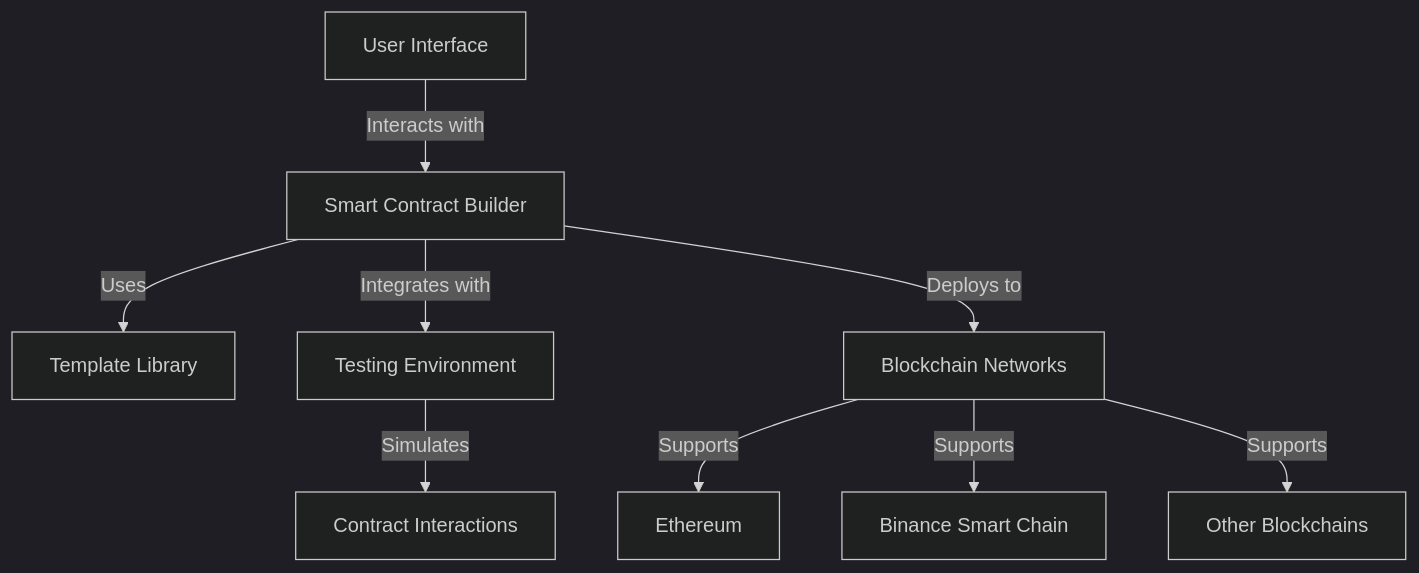
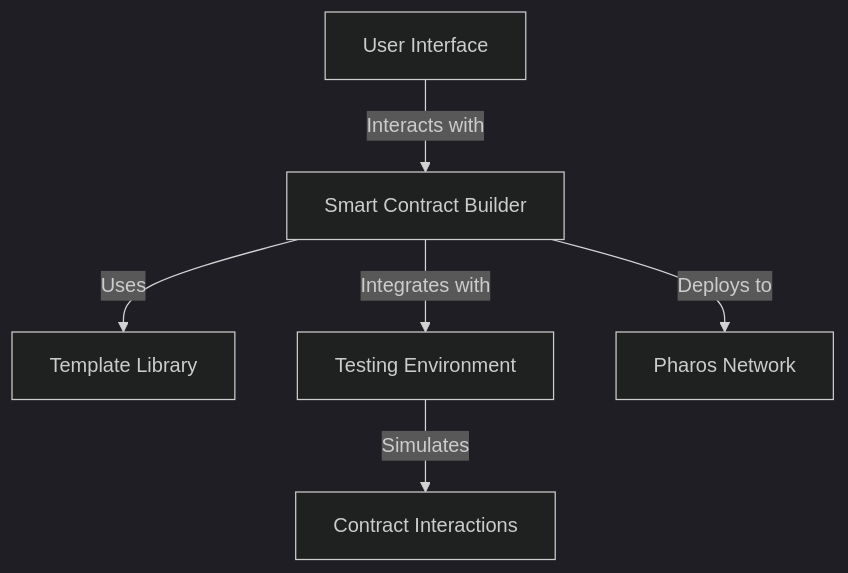
The diagram in README.md (degenbuilder7/pharos-forge), drawn with Mermaid (dark theme) before and after one commit.

````diff
--- a/README.md
+++ b/README.md
@@ -29,11 +29,8 @@
 ```mermaid
 graph TD;
     A[User Interface] -->|Interacts with| B[Smart Contract Builder];
     B -->|Uses| C[Template Library];
     B -->|Integrates with| D[Testing Environment];
-    B -->|Deploys to| E[Blockchain Networks];
+    B -->|Deploys to| E[Pharos Network];
     D -->|Simulates| F[Contract Interactions];
-    E -->|Supports| G[Ethereum];
-    E -->|Supports| H[Binance Smart Chain];
-    E -->|Supports| I[Other Blockchains];
 ```
````
